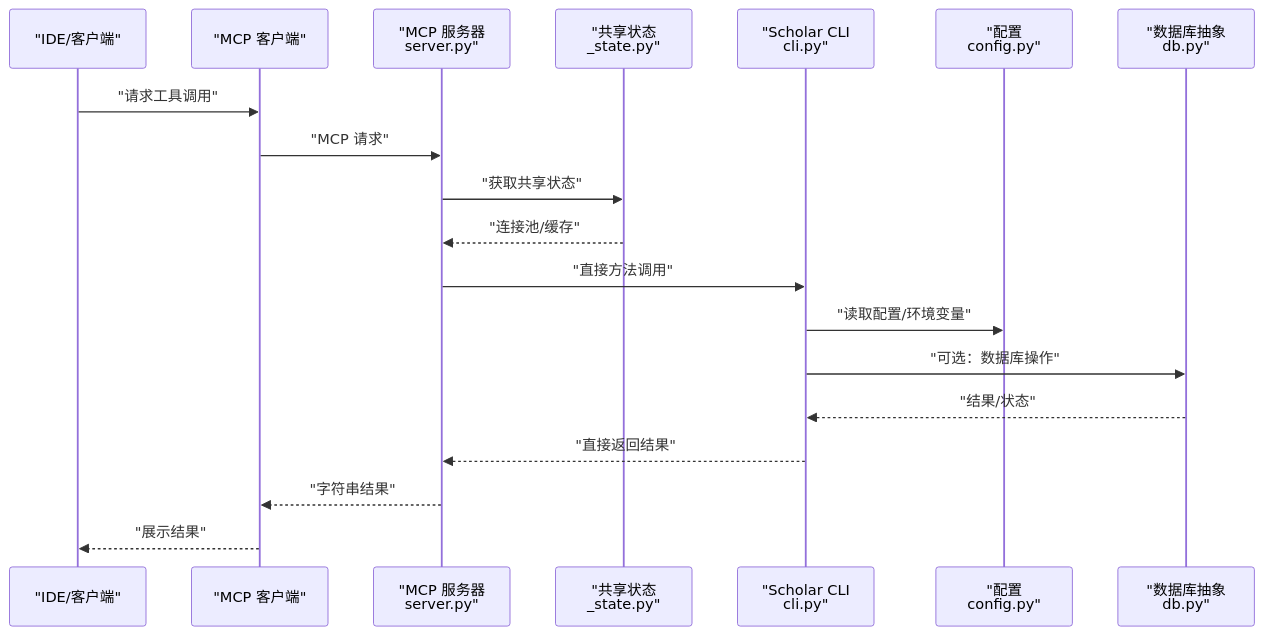
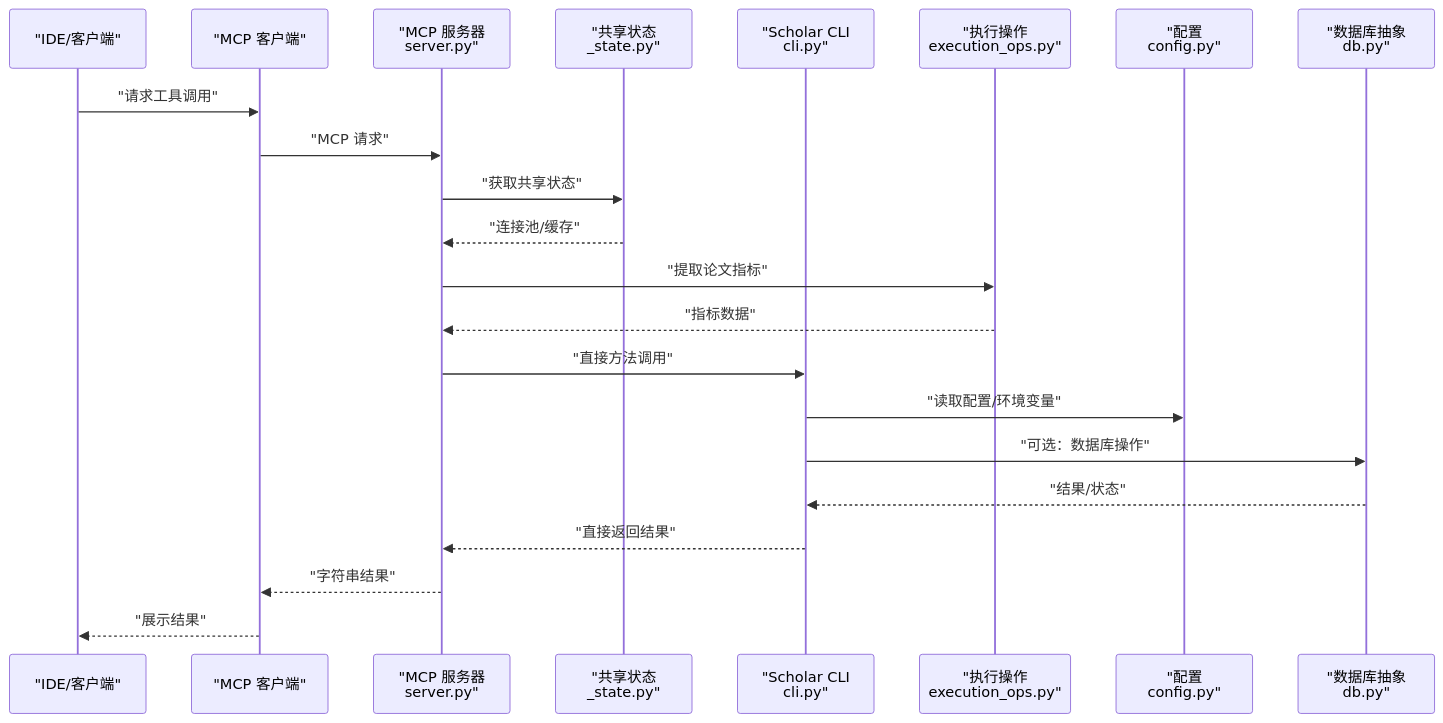
Before and after one commit to 1173591564/academic-based-qoder: the second of 6 diagrams in .qoder/repowiki/zh/content/API参考文档/MCP工具API.md, drawn with Mermaid. The commit also changed other lines of this file and 37 other files, not shown here.

````diff
--- a/.qoder/repowiki/zh/content/API参考文档/MCP工具API.md
+++ b/.qoder/repowiki/zh/content/API参考文档/MCP工具API.md
@@ -147,21 +159,24 @@
 ```mermaid
 sequenceDiagram
 participant IDE as "IDE/客户端"
 participant MCP as "MCP 客户端"
 participant Server as "MCP 服务器<br/>server.py"
 participant State as "共享状态<br/>_state.py"
 participant CLI as "Scholar CLI<br/>cli.py"
+participant ExecOps as "执行操作<br/>execution_ops.py"
 participant CFG as "配置<br/>config.py"
 participant DB as "数据库抽象<br/>db.py"
 IDE->>MCP : "请求工具调用"
 MCP->>Server : "MCP 请求"
 Server->>State : "获取共享状态"
 State-->>Server : "连接池/缓存"
+Server->>ExecOps : "提取论文指标"
+ExecOps-->>Server : "指标数据"
 Server->>CLI : "直接方法调用"
 CLI->>CFG : "读取配置/环境变量"
 CLI->>DB : "可选：数据库操作"
 DB-->>CLI : "结果/状态"
 CLI-->>Server : "直接返回结果"
 Server-->>MCP : "字符串结果"
 MCP-->>IDE : "展示结果"
 ```
````
